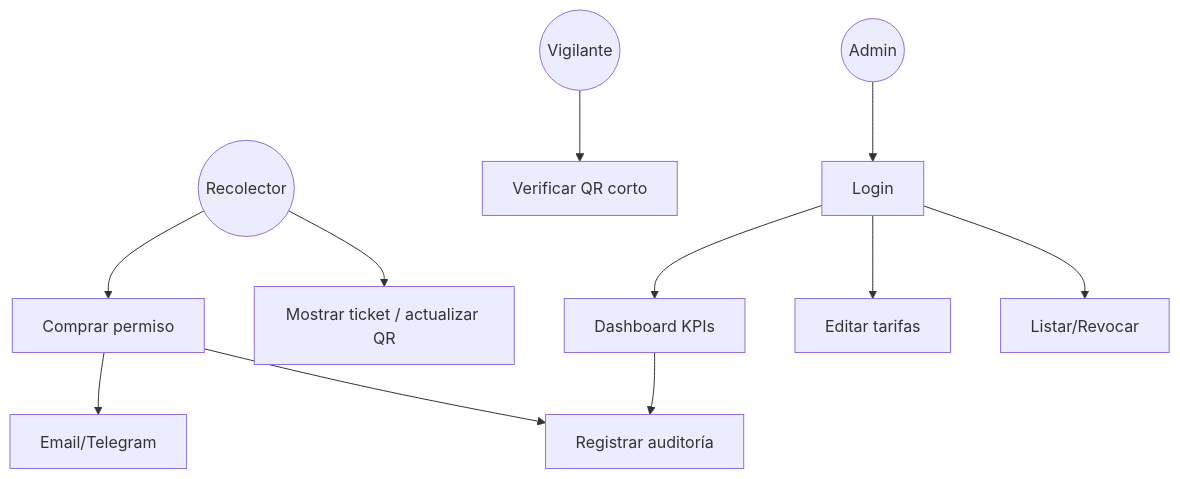
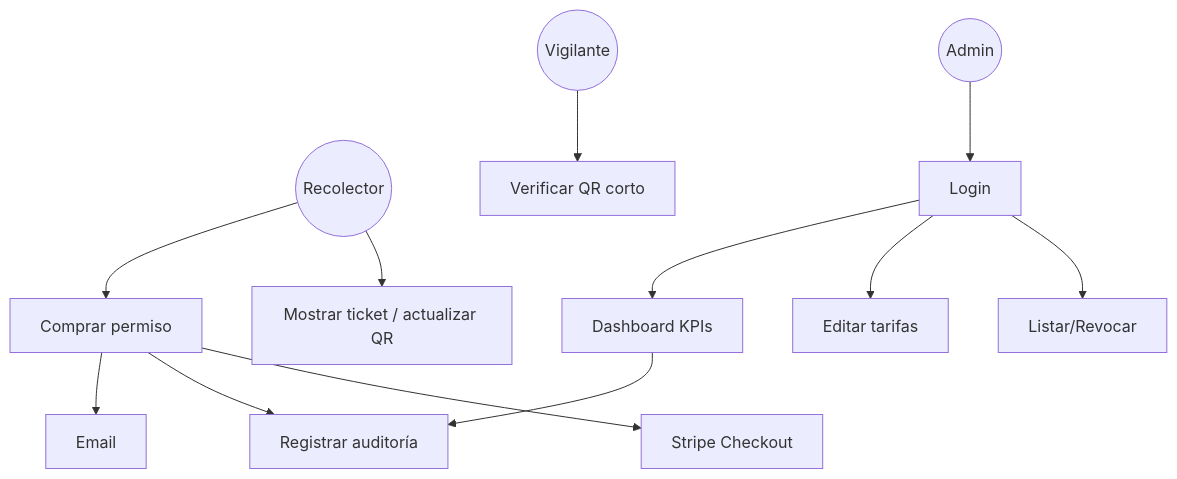
The fourth of 8 diagrams in docs/uml.md (gracobjo/cotoSetas), drawn with Mermaid before and after one commit. The commit also changed other lines of this file and 10 other files, not shown here.

First line of the commit message:
Actualiza la documentación a v1.3: Stripe, tarifas Micocyl y entrega solo por email.

````diff
--- a/docs/uml.md
+++ b/docs/uml.md
@@ -235,17 +234,18 @@
 ```mermaid
 flowchart TB
   R((Recolector))
   V((Vigilante))
   A((Admin))
 
   R --> Compra[Comprar permiso]
   R --> Mostrar[Mostrar ticket / actualizar QR]
-  Compra --> Entrega[Email/Telegram]
+  Compra --> Entrega[Email]
   Compra --> Audit[Registrar auditoría]
+  Compra --> Pago[Stripe Checkout]
   V --> Verificar[Verificar QR corto]
   A --> Login[Login]
   Login --> KPIs[Dashboard KPIs]
   Login --> Tarifas[Editar tarifas]
   Login --> Auditoria[Listar/Revocar]
   KPIs --> Audit
 ```
````
